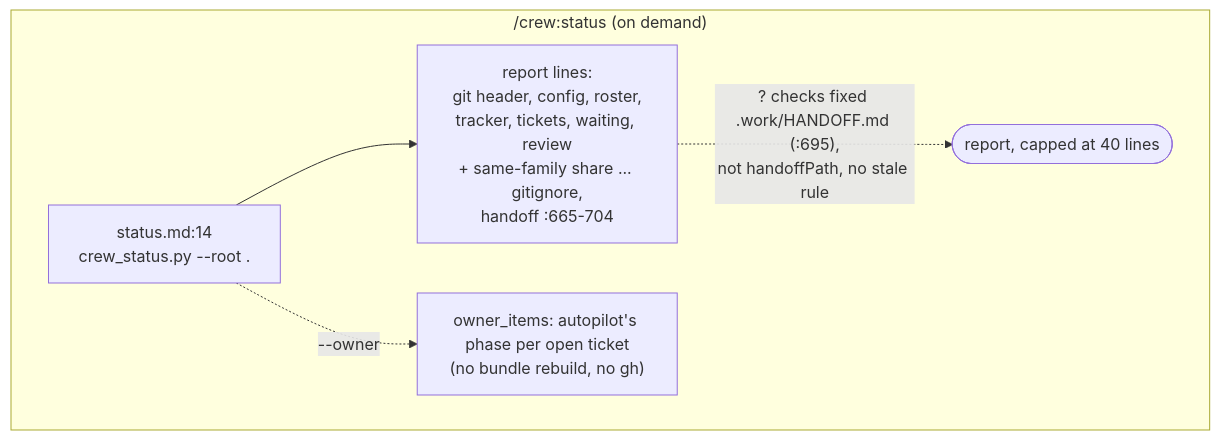
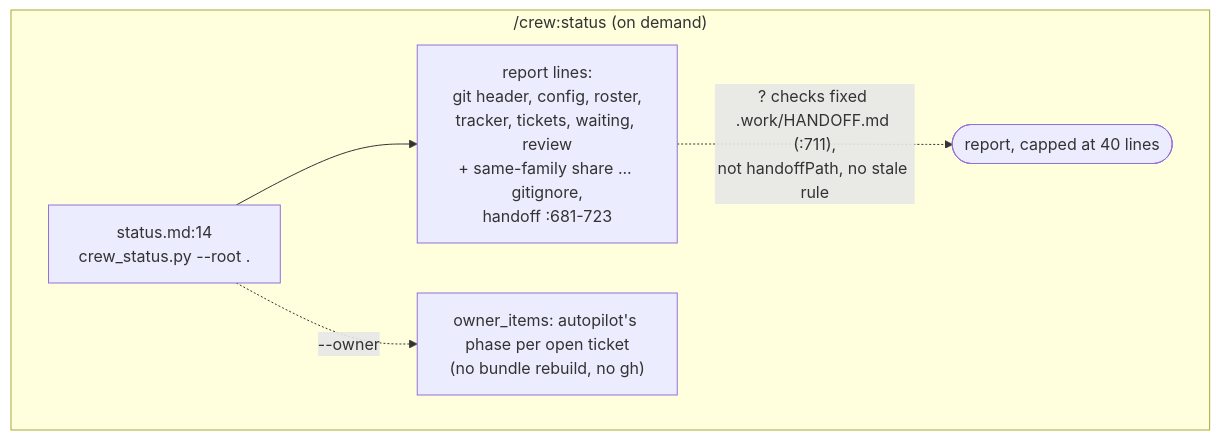
One commit to mbadali25/useful-claude-add-ons changed the diagram in docs/diagrams/process-crew-brief-status.mmd. Above: the diagram before and after it, drawn with Mermaid. The commit also changed 6 other files, not shown here.

First line of the commit message:
L-0782: docs for the could-not-tell status line

```diff
--- a/docs/diagrams/process-crew-brief-status.mmd
+++ b/docs/diagrams/process-crew-brief-status.mmd
@@ -1,33 +1,36 @@
 %% Generated from useful-claude-add-ons@f9ed7ddd on 2026-10-04, re-anchored 2026-10-09 (L-0713 follow-up refresh). Verify before trusting.
 %% Anchors: plugin/crew/commands/status.md, plugin/crew/hooks/scripts/crew_status.py, plugin/crew/hooks/scripts/crew_tracker.py, plugin/crew/hooks/scripts/crew_autopilot_owner.py
 %% Purpose: What /crew:status reads when run on demand, and the one place it differs from the SessionStart hooks: it checks a fixed handoff path and applies no stale rule.
 %% Part of process-crew-brief.mmd (the overview, which keeps the re-anchoring history).
 %% Re-anchored a54ca704 -> 5cdfb775 (T-0039): crew_status.py gained the `gitignore` line after codemap
 %%    (crew_gitignore.summary, read-only); collect() moved :211-240 -> :224-254 and the HANDOFF check
 %%    :231 -> :245 (re-read with grep -n). status.md:14 holds.
 %% Re-anchored for L-0551 / L-0687: collect() is now crew_status.py:514-550, the HANDOFF check :541;
 %%    the `waiting` line (:528) is crew_autopilot_owner.owner_items, autopilot's own phase read
 %%    (policy=False, deep=False: no bundle rebuild, no gh), and `--owner` lists it (owner_lines).
 %% Re-anchored 5cdfb775 -> e6c5ae24 (L-0712): _review_lines (:172) reads EVERY ledger for the
 %%    same-family share and prints `review   same-family: N of M completed rounds (P%)` after the
 %%    newest three ledgers' lines; same_family_round decides a row. collect() is now :607-646, the
 %%    waiting line :621, the review lines :622, the HANDOFF check :637 (re-read with grep -n).
 %% Re-anchored e6c5ae24 -> f9ed7ddd (L-0713 follow-up refresh): L-0713 gave crew_status.py _is_0_20_setup
 %%    (:148), so the config line asks for /crew:migrate only for a 0.20 setup and says could-not-tell
 %%    otherwise; status.md's config row and its `run /crew:migrate` note say the same. Everything below
 %%    moved +58: _review_lines :172 -> :230, collect() :607-646 -> :665-704, the waiting line :621 -> :679,
 %%    the review lines :622 -> :680, the HANDOFF check :637 -> :695 (re-read with grep -n). The tracker
 %%    cite is crew_tracker.resolve :267 (it read :67 before). status.md:14 holds. No node or edge changed.
-%% /crew:status: commands/status.md:14 -> crew_status.py; :665-704 report lines.
-%% /crew:status checks the fixed path .work/HANDOFF.md (crew_status.py:695),
+%% Re-anchored for L-0782: collect() is now crew_status.py:681-723 and the HANDOFF check :711 (re-read with
+%%    grep -n); the migrate line comes from crew_migrate.scan_backups and may be INTERRUPTED or
+%%    `could not tell`. No node or edge changed.
+%% /crew:status: commands/status.md:14 -> crew_status.py; :681-723 report lines.
+%% /crew:status checks the fixed path .work/HANDOFF.md (crew_status.py:711),
 %% not context.handoffPath, and does not apply the stale rule.
 %% Note st2: git header, config file, roster, tracker (crew_tracker.resolve, :267), tickets,
 %%    waiting (crew_autopilot_owner.owner_items, L-0551), review ledgers and the same-family share
 %%    (L-0712), verify, shell (Windows only, T-0040), codemap freshness, gitignore (T-0039), metrics,
-%%    handoff, interrupted migrate :665-704
+%%    handoff, interrupted migrate :681-723
 flowchart TB
     subgraph status["/crew:status (on demand)"]
-        st1["status.md:14<br/>crew_status.py --root ."] --> st2["report lines:<br/>git header, config, roster,<br/>tracker, tickets, waiting, review<br/>+ same-family share ... gitignore,<br/>handoff :665-704"]
-        st2 -. "? checks fixed .work/HANDOFF.md (:695),<br/>not handoffPath, no stale rule" .-> st3([report, capped at 40 lines])
+        st1["status.md:14<br/>crew_status.py --root ."] --> st2["report lines:<br/>git header, config, roster,<br/>tracker, tickets, waiting, review<br/>+ same-family share ... gitignore,<br/>handoff :681-723"]
+        st2 -. "? checks fixed .work/HANDOFF.md (:711),<br/>not handoffPath, no stale rule" .-> st3([report, capped at 40 lines])
         st1 -. "--owner" .-> st4["owner_items: autopilot's phase per open ticket<br/>(no bundle rebuild, no gh)"]
     end
```
